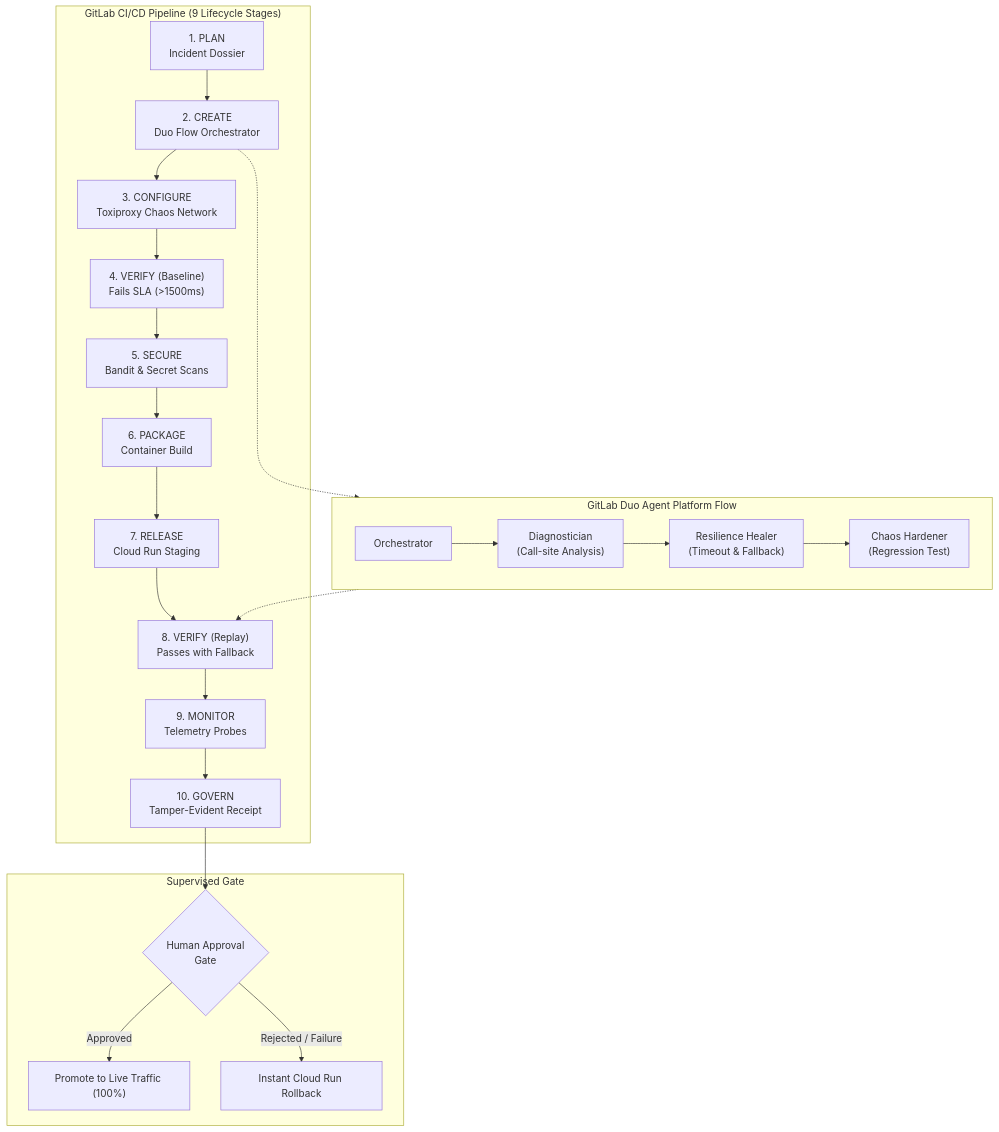
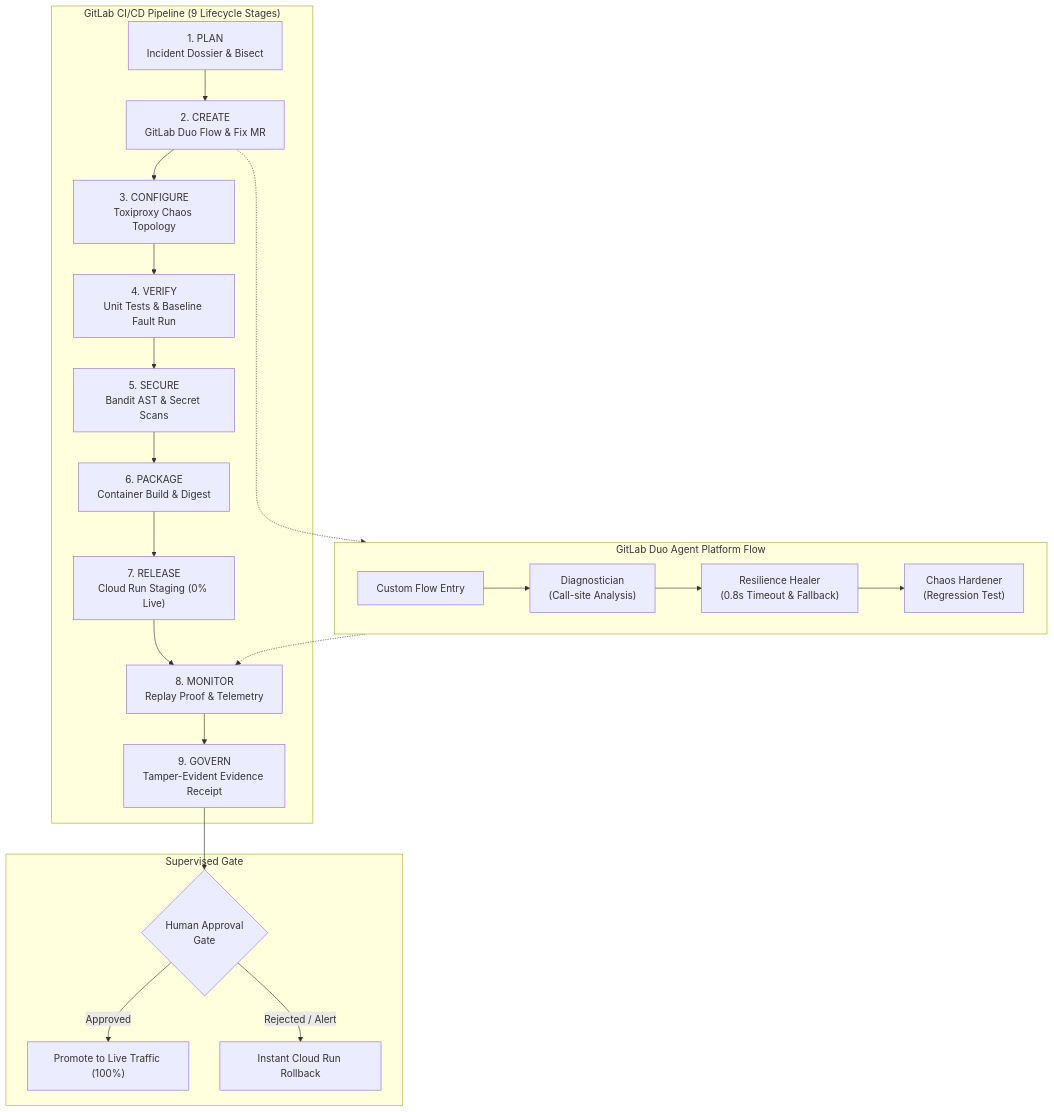
The diagram in README.md (rajpriyanid-creator/faultforge), drawn with Mermaid before and after one commit. The commit also changed other lines of this file and 6 other files, not shown here.

Commit message:
R9: complete honest documentation, architecture specs, demo script, and claims audit

````diff
--- a/README.md
+++ b/README.md
@@ -37,29 +34,28 @@
 ```mermaid
 flowchart TD
     subgraph CI["GitLab CI/CD Pipeline (9 Lifecycle Stages)"]
-        S1["1. PLAN<br/>Incident Dossier"] --> S2["2. CREATE<br/>Duo Flow Orchestrator"]
-        S2 --> S3["3. CONFIGURE<br/>Toxiproxy Chaos Network"]
-        S3 --> S4["4. VERIFY (Baseline)<br/>Fails SLA (>1500ms)"]
-        S4 --> S5["5. SECURE<br/>Bandit & Secret Scans"]
-        S5 --> S6["6. PACKAGE<br/>Container Build"]
-        S6 --> S7["7. RELEASE<br/>Cloud Run Staging"]
-        S7 --> S8["8. VERIFY (Replay)<br/>Passes with Fallback"]
-        S8 --> S9["9. MONITOR<br/>Telemetry Probes"]
-        S9 --> S10["10. GOVERN<br/>Tamper-Evident Receipt"]
+        S1["1. PLAN<br/>Incident Dossier & Bisect"] --> S2["2. CREATE<br/>GitLab Duo Flow & Fix MR"]
+        S2 --> S3["3. CONFIGURE<br/>Toxiproxy Chaos Topology"]
+        S3 --> S4["4. VERIFY<br/>Unit Tests & Baseline Fault Run"]
+        S4 --> S5["5. SECURE<br/>Bandit AST & Secret Scans"]
+        S5 --> S6["6. PACKAGE<br/>Container Build & Digest"]
+        S6 --> S7["7. RELEASE<br/>Cloud Run Staging (0% Live)"]
+        S7 --> S8["8. MONITOR<br/>Replay Proof & Telemetry"]
+        S8 --> S9["9. GOVERN<br/>Tamper-Evident Evidence Receipt"]
     end
 
     subgraph Duo["GitLab Duo Agent Platform Flow"]
-        D1["Orchestrator"] --> D2["Diagnostician<br/>(Call-site Analysis)"]
-        D2 --> D3["Resilience Healer<br/>(Timeout & Fallback)"]
+        D1["Custom Flow Entry"] --> D2["Diagnostician<br/>(Call-site Analysis)"]
+        D2 --> D3["Resilience Healer<br/>(0.8s Timeout & Fallback)"]
         D3 --> D4["Chaos Hardener<br/>(Regression Test)"]
     end
 
     subgraph Governance["Supervised Gate"]
-        S10 --> G1{"Human Approval<br/>Gate"}
+        S9 --> G1{"Human Approval<br/>Gate"}
         G1 -->|Approved| G2["Promote to Live Traffic (100%)"]
-        G1 -->|Rejected / Failure| G3["Instant Cloud Run Rollback"]
+        G1 -->|Rejected / Alert| G3["Instant Cloud Run Rollback"]
     end
 
     S2 -.-> Duo
     Duo -.-> S8
 ```
````
